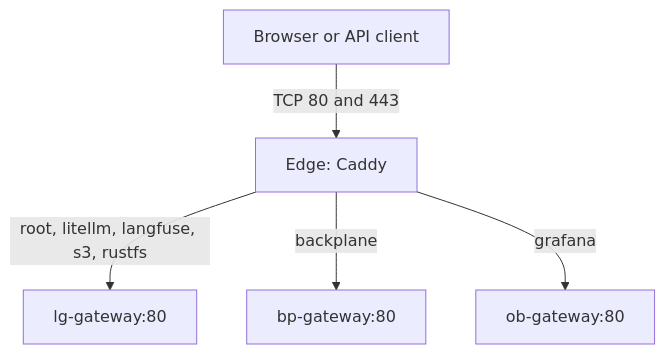
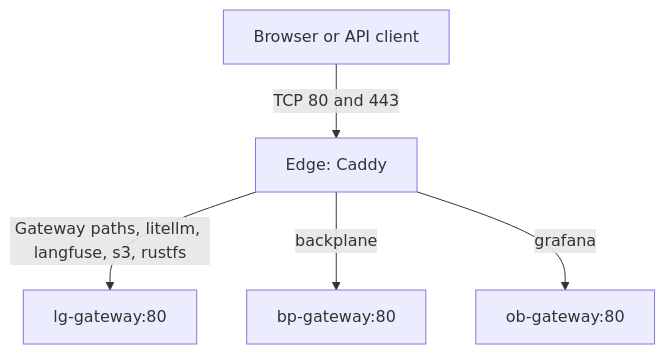
The diagram in docs/DESIGN.md (autonomiceng/platform-edge), drawn with Mermaid before and after one commit. The commit also changed other lines of this file and 34 other files, not shown here.

````diff
--- a/docs/DESIGN.md
+++ b/docs/DESIGN.md
@@ -22,7 +22,7 @@
 ```mermaid
 flowchart TD
     client[Browser or API client] -->|TCP 80 and 443| edge[Edge: Caddy]
-    edge -->|root, litellm, langfuse, s3, rustfs| gateway[lg-gateway:80]
+    edge -->|Gateway paths, litellm, langfuse, s3, rustfs| gateway[lg-gateway:80]
     edge -->|backplane| backplane[bp-gateway:80]
     edge -->|grafana| observability[ob-gateway:80]
 ```
````
